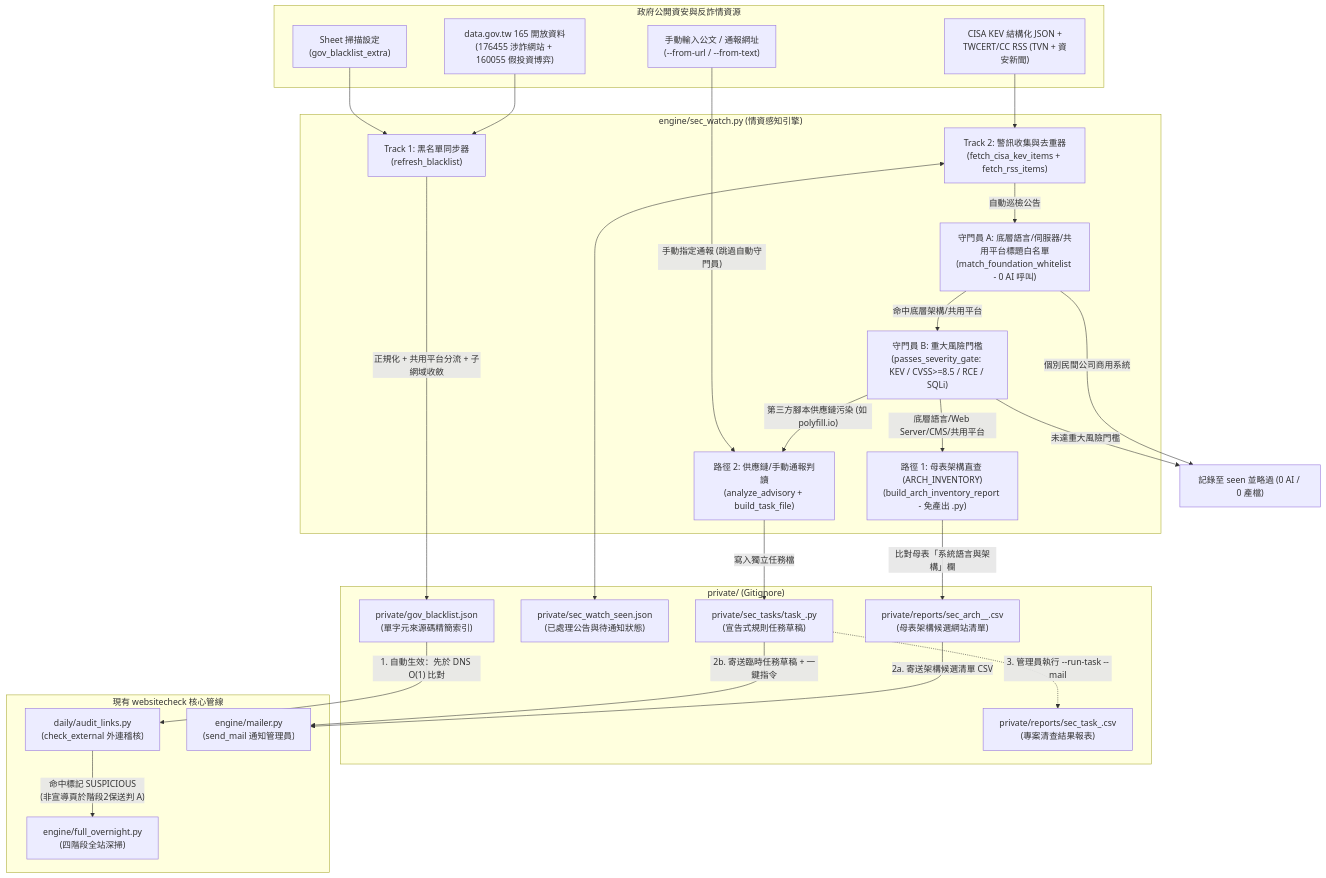
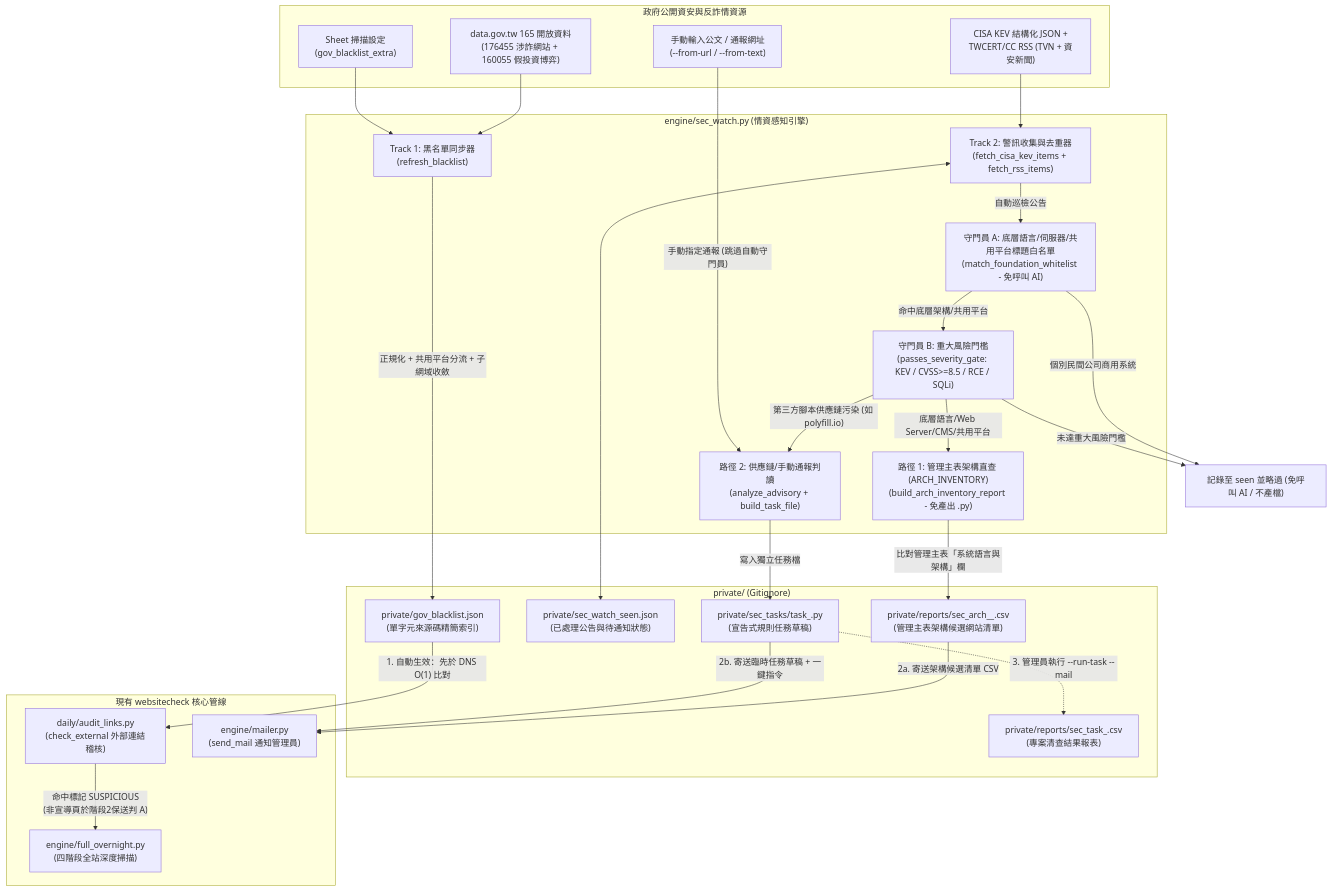
One commit to acebd12345/websitecheck changed the first of 2 diagrams in docs/SEC_INTEL_DESIGN.md. Above: the diagram before and after it, drawn with Mermaid. The commit also changed other lines of this file and 3 other files, not shown here.

````diff
--- a/docs/SEC_INTEL_DESIGN.md
+++ b/docs/SEC_INTEL_DESIGN.md
@@ -24,53 +24,53 @@
 ```mermaid
 flowchart TD
     subgraph Sources["政府公開資安與反詐情資源"]
         S1["data.gov.tw 165 開放資料<br/>(176455 涉詐網站 + 160055 假投資博弈)"]
         S2["Sheet 掃描設定<br/>(gov_blacklist_extra)"]
         S3["CISA KEV 結構化 JSON +<br/>TWCERT/CC RSS (TVN + 資安新聞)"]
         S4["手動輸入公文 / 通報網址<br/>(--from-url / --from-text)"]
     end
 
     subgraph Engine["engine/sec_watch.py (情資感知引擎)"]
         F1["Track 1: 黑名單同步器<br/>(refresh_blacklist)"]
         F2["Track 2: 警訊收集與去重器<br/>(fetch_cisa_kev_items + fetch_rss_items)"]
-        GA["守門員 A: 底層語言/伺服器/共用平台標題白名單<br/>(match_foundation_whitelist - 0 AI 呼叫)"]
+        GA["守門員 A: 底層語言/伺服器/共用平台標題白名單<br/>(match_foundation_whitelist - 免呼叫 AI)"]
         GB["守門員 B: 重大風險門檻<br/>(passes_severity_gate: KEV / CVSS>=8.5 / RCE / SQLi)"]
-        ARCH["路徑 1: 母表架構直查 (ARCH_INVENTORY)<br/>(build_arch_inventory_report - 免產出 .py)"]
+        ARCH["路徑 1: 管理主表架構直查 (ARCH_INVENTORY)<br/>(build_arch_inventory_report - 免產出 .py)"]
         AI["路徑 2: 供應鏈/手動通報判讀<br/>(analyze_advisory + build_task_file)"]
     end
 
     subgraph Storage["private/ (Gitignore)"]
         BL["private/gov_blacklist.json<br/>(單字元來源碼精簡索引)"]
         SEEN["private/sec_watch_seen.json<br/>(已處理公告與待通知狀態)"]
-        ARCH_CSV["private/reports/sec_arch_<date>_<tech>.csv<br/>(母表架構候選網站清單)"]
+        ARCH_CSV["private/reports/sec_arch_<date>_<tech>.csv<br/>(管理主表架構候選網站清單)"]
         TASK["private/sec_tasks/task_<id>.py<br/>(宣告式規則任務草稿)"]
         RPT["private/reports/sec_task_<id>.csv<br/>(專案清查結果報表)"]
     end
 
     subgraph Runtime["現有 websitecheck 核心管線"]
-        AL["daily/audit_links.py<br/>(check_external 外連稽核)"]
-        FO["engine/full_overnight.py<br/>(四階段全站深掃)"]
+        AL["daily/audit_links.py<br/>(check_external 外部連結稽核)"]
+        FO["engine/full_overnight.py<br/>(四階段全站深度掃描)"]
         ML["engine/mailer.py<br/>(send_mail 通知管理員)"]
     end
 
     S1 & S2 --> F1
     F1 -->|"正規化 + 共用平台分流 + 子網域收斂"| BL
     BL -->|"1. 自動生效：先於 DNS O(1) 比對"| AL
     AL -->|"命中標記 SUSPICIOUS<br/>(非宣導頁於階段2保送判 A)"| FO
 
     S3 --> F2
     F2 <--> SEEN
     F2 -->|"自動巡檢公告"| GA
-    GA -->|"個別民間公司商用系統"| IGN["記錄至 seen 並略過 (0 AI / 0 產檔)"]
+    GA -->|"個別民間公司商用系統"| IGN["記錄至 seen 並略過 (免呼叫 AI / 不產檔)"]
     GA -->|"命中底層架構/共用平台"| GB
     GB -->|"未達重大風險門檻"| IGN
     GB -->|"底層語言/Web Server/CMS/共用平台"| ARCH
-    ARCH -->|"比對母表「系統語言與架構」欄"| ARCH_CSV
+    ARCH -->|"比對管理主表「系統語言與架構」欄"| ARCH_CSV
     ARCH_CSV -->|"2a. 寄送架構候選清單 CSV"| ML
 
     GB -->|"第三方腳本供應鏈污染 (如 polyfill.io)"| AI
     S4 -->|"手動指定通報 (跳過自動守門員)"| AI
     AI -->|"寫入獨立任務檔"| TASK
     TASK -->|"2b. 寄送臨時任務草稿 + 一鍵指令"| ML
     TASK -.->|"3. 管理員執行 --run-task --mail"| RPT
 ```
````
